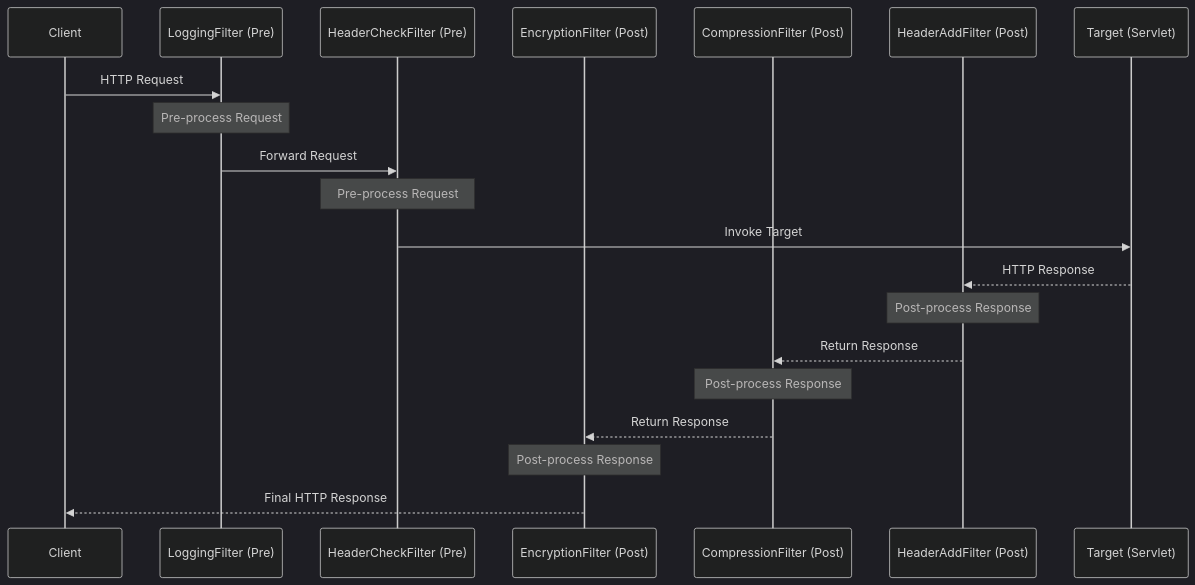
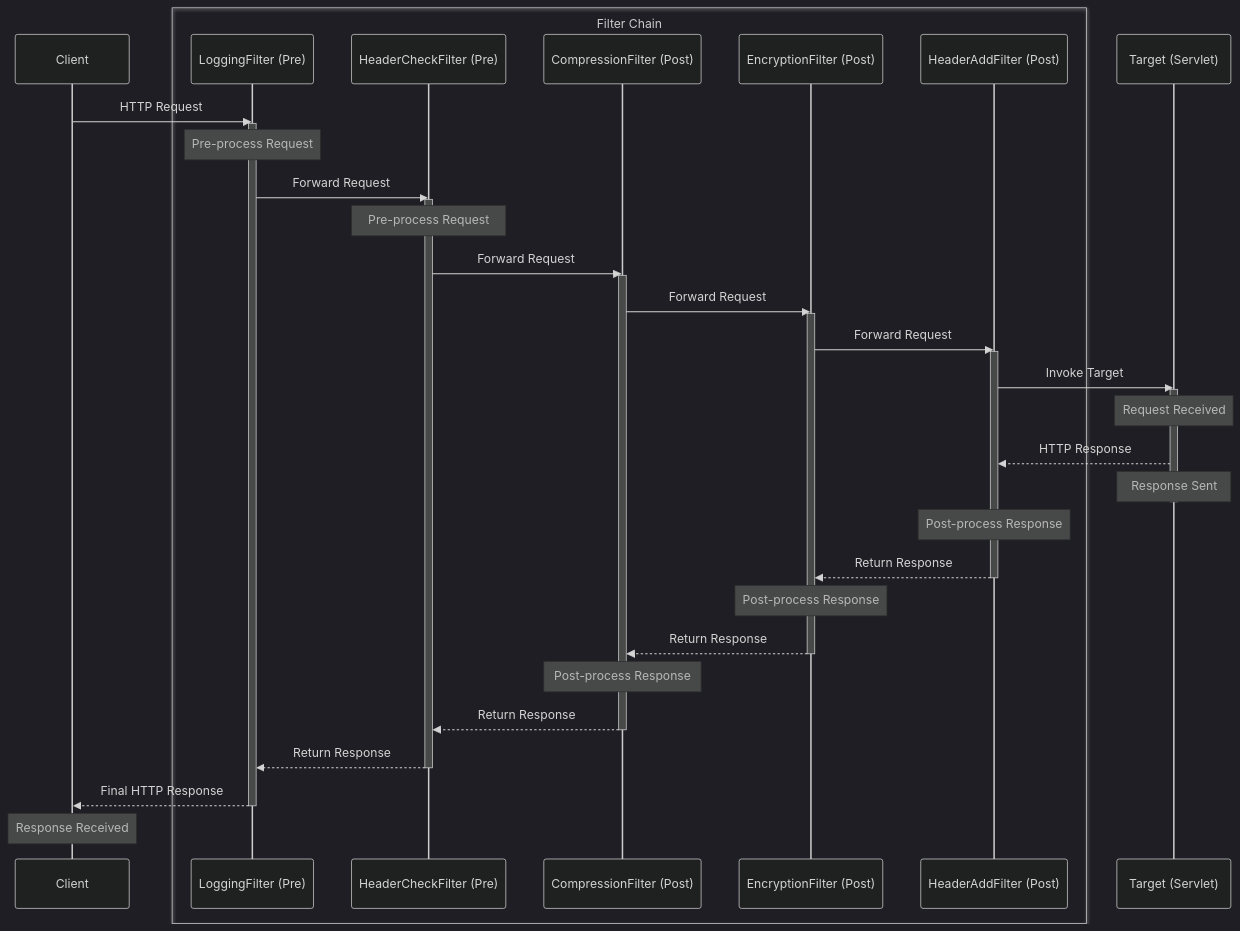
Before and after one commit to kumar-github/tutorial-resources: the third of 5 diagrams in a.md, drawn with Mermaid. The commit also changed other lines of this file, not shown here.

Commit message:
Refactor sequence diagrams for filter chain

````diff
--- a/a.md
+++ b/a.md
@@ -57,24 +103,47 @@
 ```mermaid
 %%{init: {'theme': 'dark'}}%%
 sequenceDiagram
     participant C as Client
-    participant F1 as LoggingFilter (Pre)
-    participant F2 as HeaderCheckFilter (Pre)
-    participant F3 as EncryptionFilter (Post)
-    participant F4 as CompressionFilter (Post)
-    participant F5 as HeaderAddFilter (Post)
+    box Filter Chain
+        participant F1 as LoggingFilter (Pre)
+        participant F2 as HeaderCheckFilter (Pre)
+        participant F3 as CompressionFilter (Post)
+        participant F4 as EncryptionFilter (Post)
+        participant F5 as HeaderAddFilter (Post)
+    end
     participant T as Target (Servlet)
-
-    C->>F1: HTTP Request
+%% Request path
+    C ->> F1: HTTP Request
+    activate F1
     Note over F1: Pre-process Request
-    F1->>F2: Forward Request
+    F1 ->> F2: Forward Request
+    activate F2
     Note over F2: Pre-process Request
-    F2->>T: Invoke Target
-    T-->>F5: HTTP Response
+    F2 ->> F3: Forward Request
+    activate F3
+    F3 ->> F4: Forward Request
+    activate F4
+    F4 ->> F5: Forward Request
+    activate F5
+    F5 ->> T: Invoke Target
+    activate T
+    Note over T: Request Received
+%% Response path
+    T -->> F5: HTTP Response
+    Note over T: Response Sent
+    deactivate T
     Note over F5: Post-process Response
-    F5-->>F4: Return Response
+    F5 -->> F4: Return Response
+    deactivate F5
     Note over F4: Post-process Response
-    F4-->>F3: Return Response
+    F4 -->> F3: Return Response
+    deactivate F4
     Note over F3: Post-process Response
-    F3-->>C: Final HTTP Response
+    F3 -->> F2: Return Response
+    deactivate F3
+    F2 -->> F1: Return Response
+    deactivate F2
+    F1 -->> C: Final HTTP Response
+    deactivate F1
+    Note over C: Response Received
 ```
````
